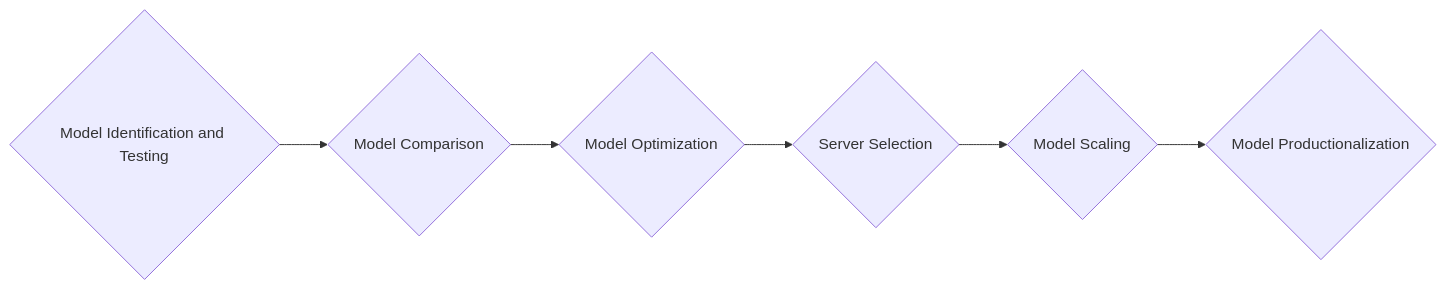
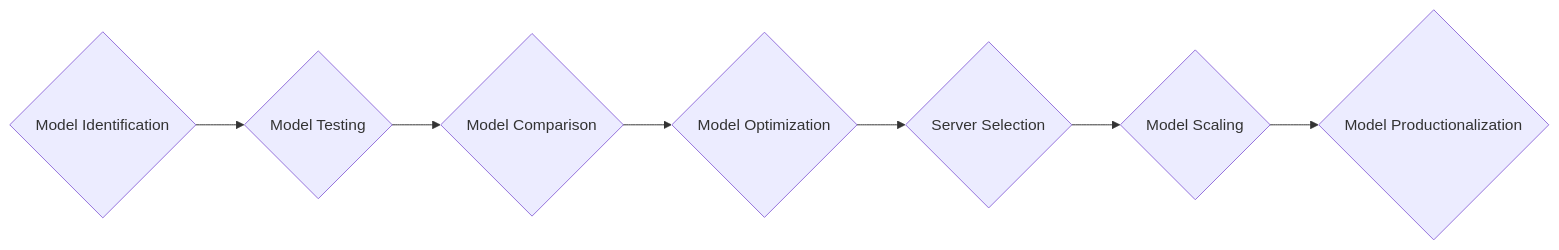
Before and after one commit to omrishiv/ai-on-eks: the diagram in website/docs/blueprints/inference/index.md, drawn with Mermaid. The commit also changed 3 other files, not shown here.

````diff
--- a/website/docs/blueprints/inference/index.md
+++ b/website/docs/blueprints/inference/index.md
@@ -16,25 +16,28 @@
 ```mermaid
 flowchart LR
     %% deploy model
-    step1{Model Identification and Testing}
+    step1{Model Identification}
+    %% model testing
+    modelTesting{Model Testing}
     %% deploy different model
     step2{Model Comparison}
 
     %% model config optimization
     step3{Model Optimization}
     %% server optimization
     step4{Server Selection}
-    %% autoscaling
-    step5{Model Scaling}
+    %% model Scaling
+    modelScaling{Model Scaling}
     %% production optimization
     step6{Model Productionalization}
 
-    step1-->step2-->step3-->step4-->step5-->step6
+    step1-->modelTesting-->step2-->step3-->step4-->modelScaling-->step6
 
-    click step1 "https://awslabs.github.io/ai-on-eks/docs/category/inference-on-eks/ai/llm/step1.md"
+    click step1 "https://awslabs.github.io/ai-on-eks/docs/category/inference-on-eks/ai/llm/model-identification.md"
+    click modelTesting "https://awslabs.github.io/ai-on-eks/docs/category/inference-on-eks/ai/llm/model-testing.md"
     click step2 "https://awslabs.github.io/ai-on-eks/docs/category/inference-on-eks/ai/llm/step2.md"
     click step3 "https://awslabs.github.io/ai-on-eks/docs/category/inference-on-eks/ai/llm/step3.md"
     click step4 "https://awslabs.github.io/ai-on-eks/docs/category/inference-on-eks/ai/llm/step4.md"
-    click step5 "https://awslabs.github.io/ai-on-eks/docs/category/inference-on-eks/ai/llm/step5.md"
+    click modelScaling "https://awslabs.github.io/ai-on-eks/docs/category/inference-on-eks/ai/llm/model-scaling.md"
     click step6 "https://awslabs.github.io/ai-on-eks/docs/category/inference-on-eks/ai/llm/step6.md"
 ```
````
